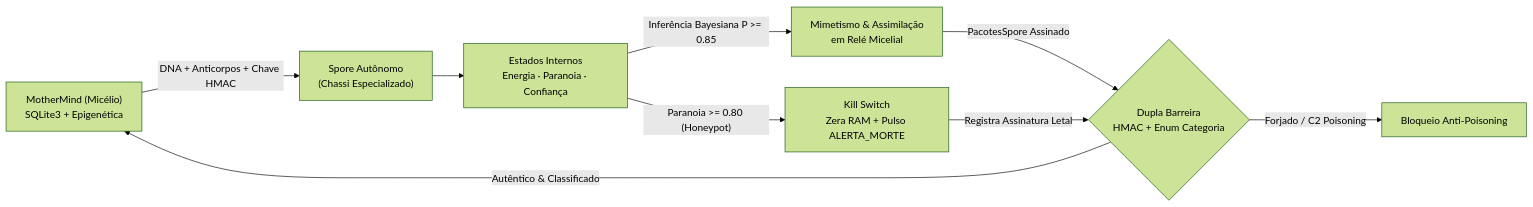
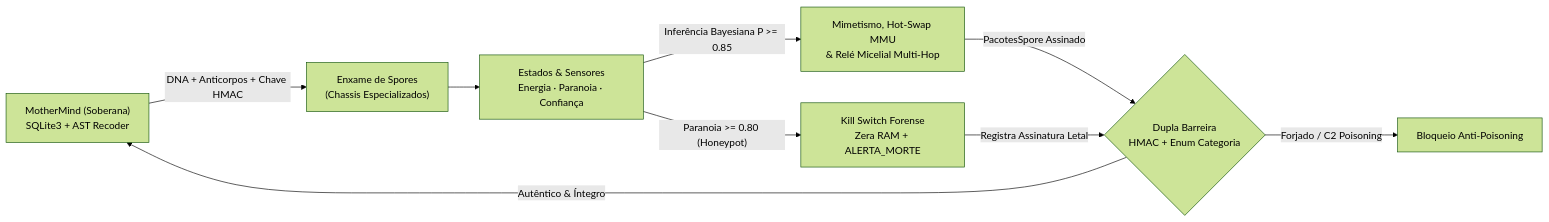
Before and after one commit to SmokyyeSZ/Hivemind: the second of 2 diagrams in README.md, drawn with Mermaid (forest theme). The commit also changed other lines of this file, not shown here.

Commit message:
docs: atualiza README com arquitetura soberana da MotherMind, aprendizado CLI e governanca anti-alucinacao

````diff
--- a/README.md
+++ b/README.md
@@ -61,11 +66,11 @@
 ```mermaid
 flowchart LR
-    Mother["MotherMind (Micélio)<br/>SQLite3 + Epigenética"] -->|"DNA + Anticorpos + Chave HMAC"| Spore["Spore Autônomo<br/>(Chassi Especializado)"]
-    Spore --> States["Estados Internos<br/>Energia · Paranoia · Confiança"]
-    States -->|"Inferência Bayesiana P >= 0.85"| Action["Mimetismo & Assimilação<br/>em Relé Micelial"]
-    States -->|"Paranoia >= 0.80 (Honeypot)"| Kill["Kill Switch<br/>Zera RAM + Pulso ALERTA_MORTE"]
+    Mother["MotherMind (Soberana)<br/>SQLite3 + AST Recoder"] -->|"DNA + Anticorpos + Chave HMAC"| Spore["Enxame de Spores<br/>(Chassis Especializados)"]
+    Spore --> States["Estados & Sensores<br/>Energia · Paranoia · Confiança"]
+    States -->|"Inferência Bayesiana P >= 0.85"| Action["Mimetismo, Hot-Swap MMU<br/>& Relé Micelial Multi-Hop"]
+    States -->|"Paranoia >= 0.80 (Honeypot)"| Kill["Kill Switch Forense<br/>Zera RAM + ALERTA_MORTE"]
     Action -->|"PacotesSpore Assinado"| Gate{"Dupla Barreira<br/>HMAC + Enum Categoria"}
     Kill -->|"Registra Assinatura Letal"| Gate
-    Gate -->|"Autêntico & Classificado"| Mother
+    Gate -->|"Autêntico & Íntegro"| Mother
     Gate -->|"Forjado / C2 Poisoning"| Drop["Bloqueio Anti-Poisoning"]
 ```
````
